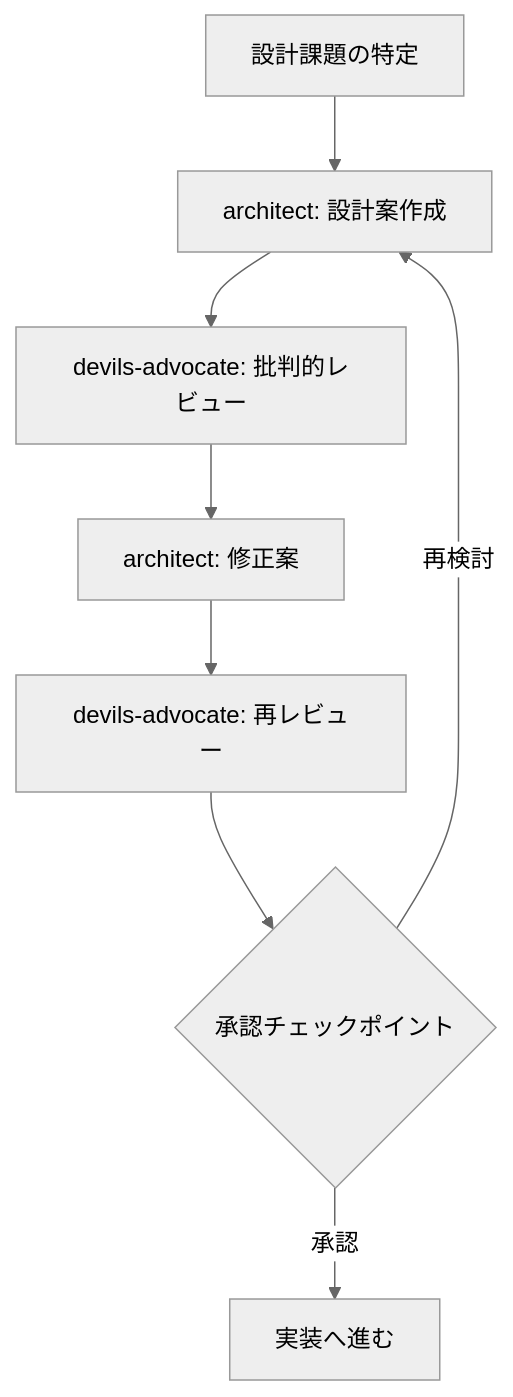
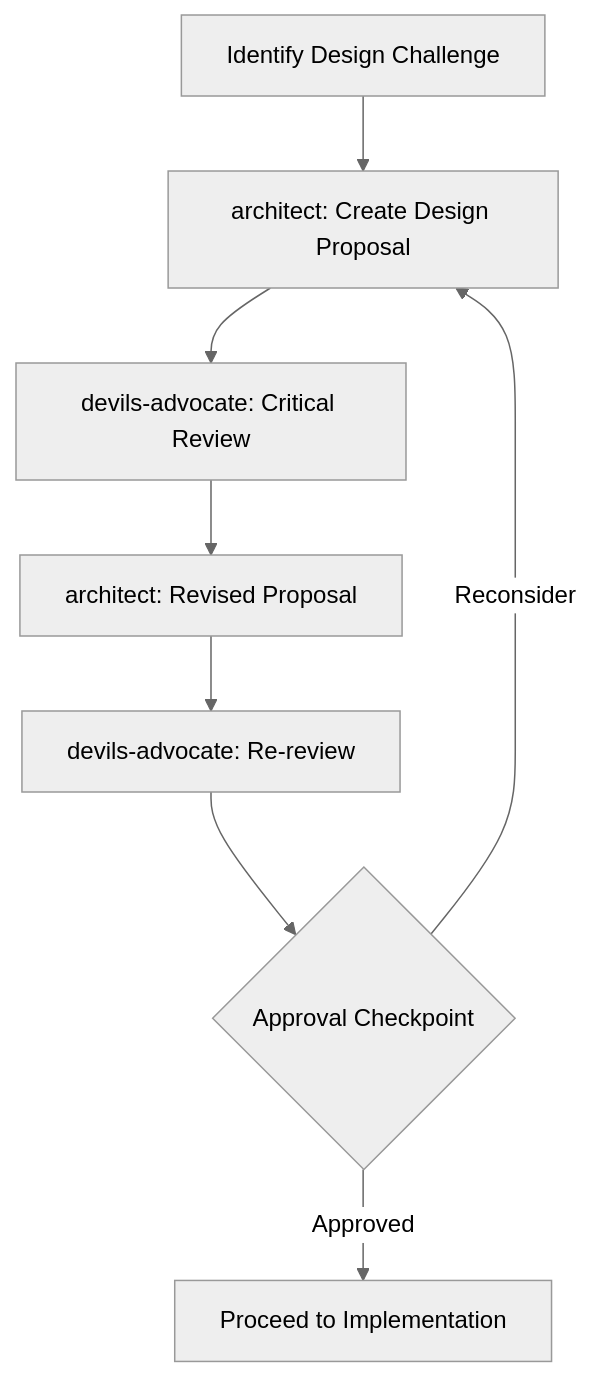
Before and after one commit to kato83/mayu: the fifth of 6 diagrams in .kiro/steering/agent-workflows.md, drawn with Mermaid (neutral theme). The commit also changed other lines of this file and 12 other files, not shown here.

````diff
--- a/.kiro/steering/agent-workflows.md
+++ b/.kiro/steering/agent-workflows.md
@@ -366,10 +369,10 @@
 ```mermaid
 graph TD
-    A[設計課題の特定] --> B[architect: 設計案作成]
-    B --> C[devils-advocate: 批判的レビュー]
-    C --> D[architect: 修正案]
-    D --> E[devils-advocate: 再レビュー]
-    E --> F{承認チェックポイント}
-    F -->|承認| G[実装へ進む]
-    F -->|再検討| B
+    A[Identify Design Challenge] --> B[architect: Create Design Proposal]
+    B --> C[devils-advocate: Critical Review]
+    C --> D[architect: Revised Proposal]
+    D --> E[devils-advocate: Re-review]
+    E --> F{Approval Checkpoint}
+    F -->|Approved| G[Proceed to Implementation]
+    F -->|Reconsider| B
 ```
````
